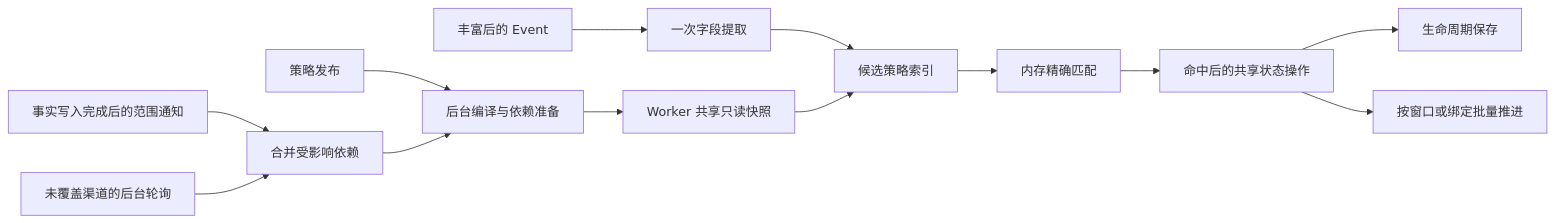
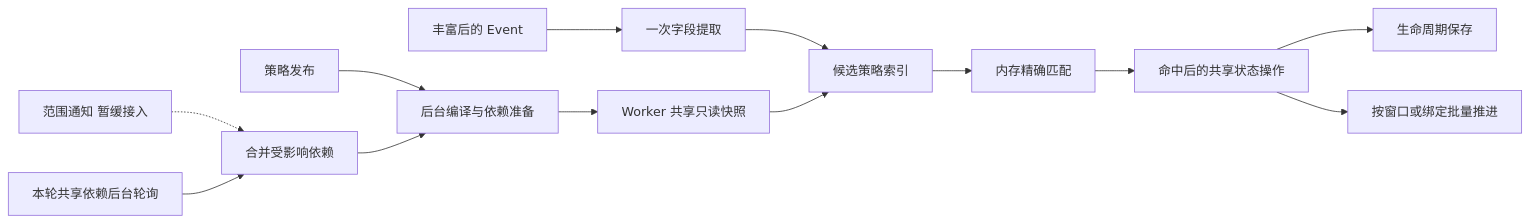
The diagram in pkg/linkd/docs/design/policy-runtime-scaling.md (TencentBlueKing/bkmonitor-datalink), drawn with Mermaid before and after one commit. The commit also changed other lines of this file and 207 other files, not shown here.

````diff
--- a/pkg/linkd/docs/design/policy-runtime-scaling.md
+++ b/pkg/linkd/docs/design/policy-runtime-scaling.md
@@ -87,15 +91,15 @@
 ```mermaid
 flowchart LR
     P[策略发布] --> B[后台编译与依赖准备]
-    C[事实写入完成后的范围通知] --> D[合并受影响依赖]
-    T[未覆盖渠道的后台轮询] --> D
+    C[范围通知 暂缓接入] -.-> D[合并受影响依赖]
+    T[本轮共享依赖后台轮询] --> D
     D --> B
     B --> S[Worker 共享只读快照]
     E[丰富后的 Event] --> F[一次字段提取]
     F --> I[候选策略索引]
     S --> I
     I --> M[内存精确匹配]
     M --> R[命中后的共享状态操作]
     R --> L[生命周期保存]
     R --> W[按窗口或绑定批量推进]
 ```
````
